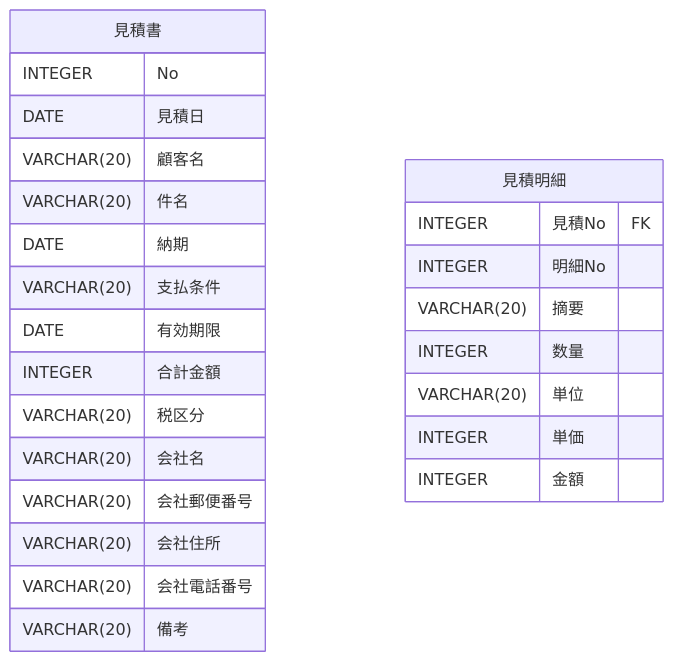
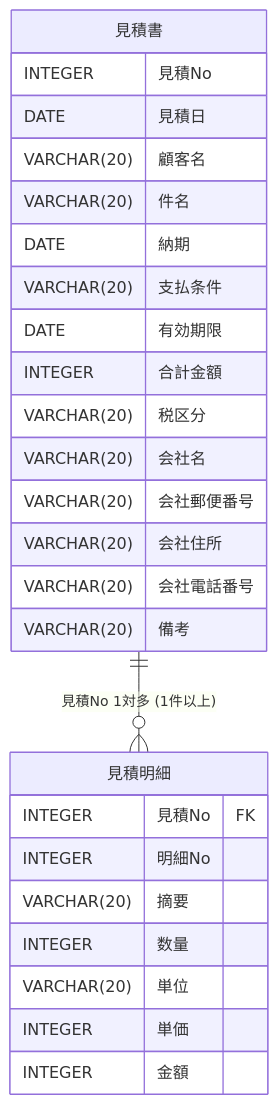
One commit to KimiyukiYamauchi/db1 changed the ninth of 9 diagrams in text.sample/chap12.md. Above: the diagram before and after it, drawn with Mermaid. The commit also changed other lines of this file, not shown here.

Commit message:
見積書E-R図の修正

````diff
--- a/text.sample/chap12.md
+++ b/text.sample/chap12.md
@@ -339,29 +339,33 @@
 ```mermaid
 erDiagram
     見積書 {
-        INTEGER No
+        INTEGER 見積No
         DATE 見積日
         VARCHAR(20) 顧客名
         VARCHAR(20) 件名
         DATE 納期
         VARCHAR(20) 支払条件
         DATE 有効期限
         INTEGER 合計金額
         VARCHAR(20) 税区分
         VARCHAR(20) 会社名
         VARCHAR(20) 会社郵便番号
         VARCHAR(20) 会社住所
         VARCHAR(20) 会社電話番号
         VARCHAR(20) 備考
     }
 
     見積明細 {
         INTEGER 見積No FK
         INTEGER 明細No
         VARCHAR(20) 摘要
         INTEGER 数量
         VARCHAR(20) 単位
         INTEGER 単価
         INTEGER 金額
     }
+
+    見積書 ||--o{ 見積明細 : "見積No 1対多 (1件以上)"
+
+
 ```
````
